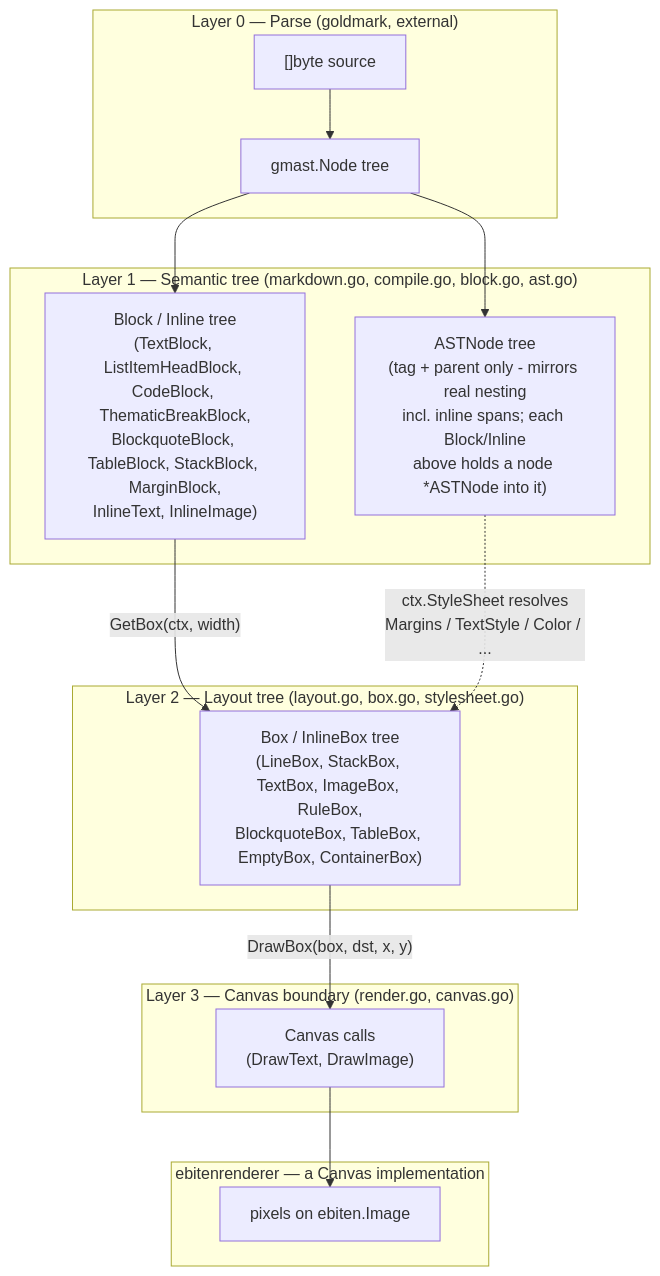
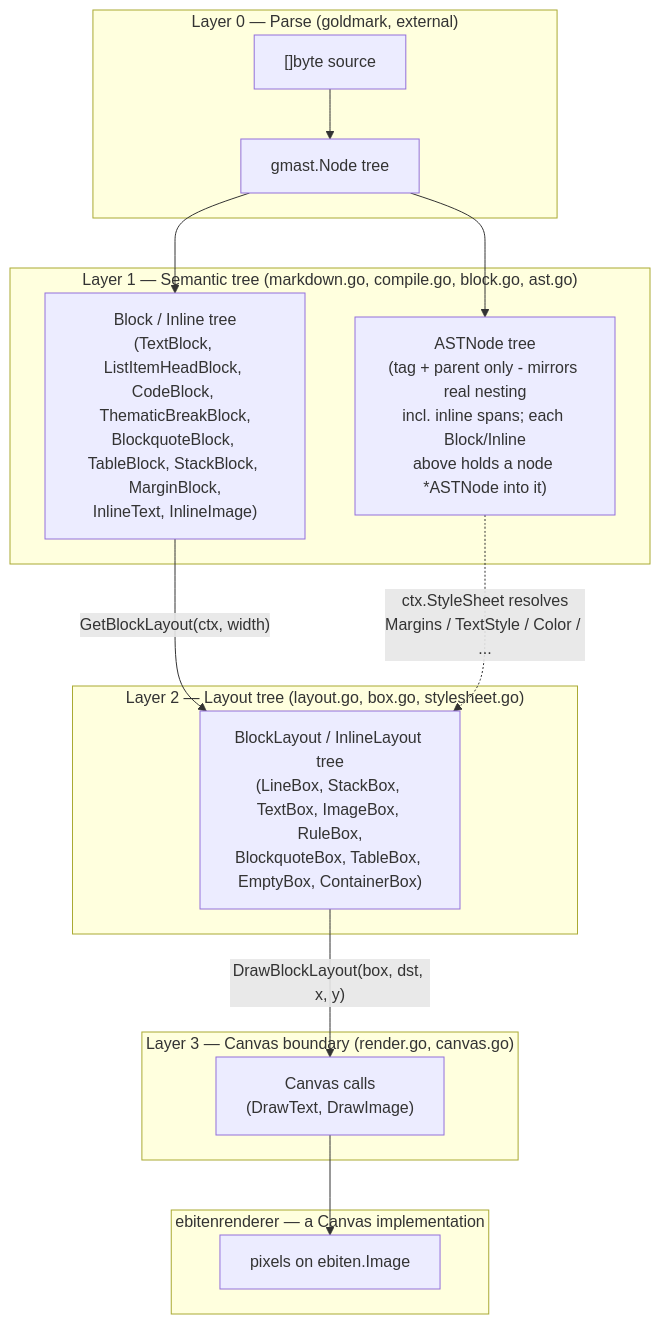
One commit to arnodel/whynot changed the diagram in ARCHITECTURE.md. Above: the diagram before and after it, drawn with Mermaid. The commit also changed other lines of this file and 12 other files, not shown here.

First line of the commit message:
Rename Box -> BlockLayout, InlineBox -> InlineLayout

````diff
--- a/ARCHITECTURE.md
+++ b/ARCHITECTURE.md
@@ -27,20 +27,20 @@
 ```mermaid
 flowchart TD
     subgraph L0["Layer 0 — Parse (goldmark, external)"]
         A["[]byte source"] --> B["gmast.Node tree"]
     end
     subgraph L1["Layer 1 — Semantic tree (markdown.go, compile.go, block.go, ast.go)"]
         B --> C["Block / Inline tree\n(TextBlock, ListItemHeadBlock, CodeBlock, ThematicBreakBlock,\nBlockquoteBlock, TableBlock, StackBlock, MarginBlock,\nInlineText, InlineImage)"]
         B --> G["ASTNode tree\n(tag + parent only - mirrors real nesting\nincl. inline spans; each Block/Inline\nabove holds a node *ASTNode into it)"]
     end
     subgraph L2["Layer 2 — Layout tree (layout.go, box.go, stylesheet.go)"]
-        C -- "GetBox(ctx, width)" --> D["Box / InlineBox tree\n(LineBox, StackBox, TextBox, ImageBox, RuleBox,\nBlockquoteBox, TableBox, EmptyBox, ContainerBox)"]
+        C -- "GetBlockLayout(ctx, width)" --> D["BlockLayout / InlineLayout tree\n(LineBox, StackBox, TextBox, ImageBox, RuleBox,\nBlockquoteBox, TableBox, EmptyBox, ContainerBox)"]
         G -. "ctx.StyleSheet resolves\nMargins / TextStyle / Color / ..." .-> D
     end
     subgraph L3["Layer 3 — Canvas boundary (render.go, canvas.go)"]
-        D -- "DrawBox(box, dst, x, y)" --> E["Canvas calls\n(DrawText, DrawImage)"]
+        D -- "DrawBlockLayout(box, dst, x, y)" --> E["Canvas calls\n(DrawText, DrawImage)"]
     end
     subgraph L4["ebitenrenderer — a Canvas implementation"]
         E --> F["pixels on ebiten.Image"]
     end
 ```
````
